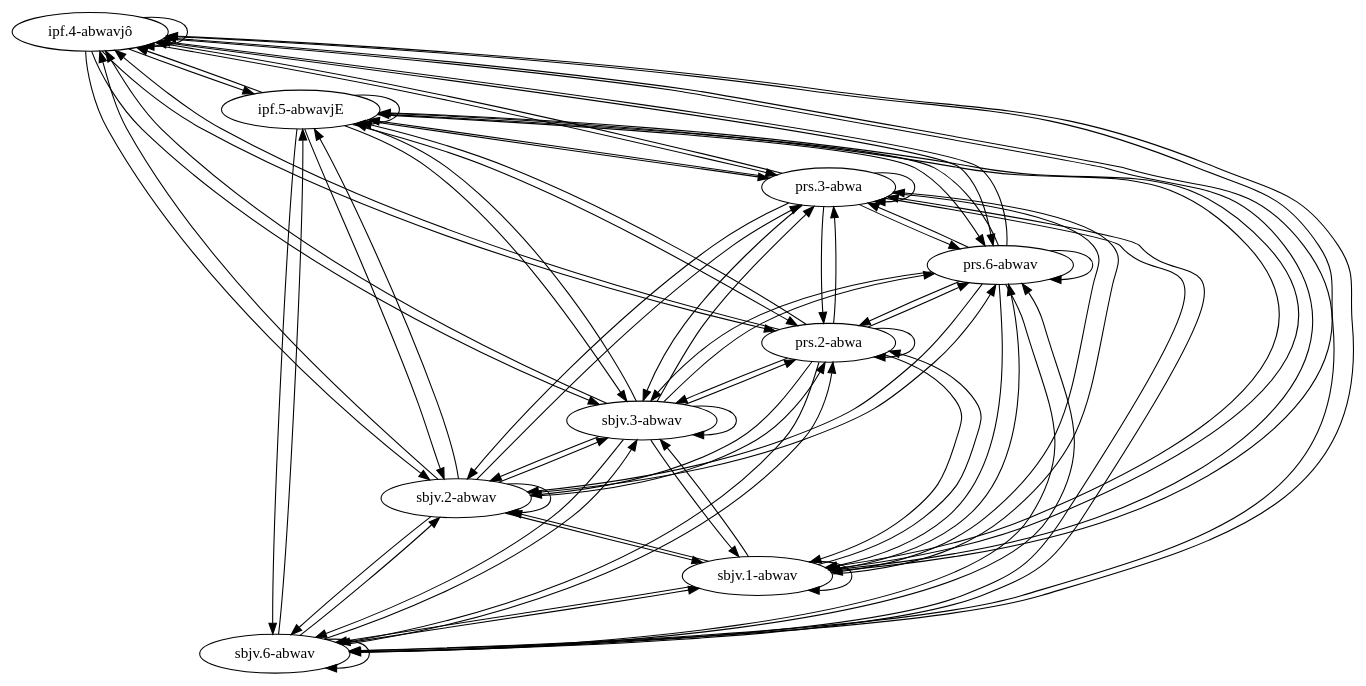
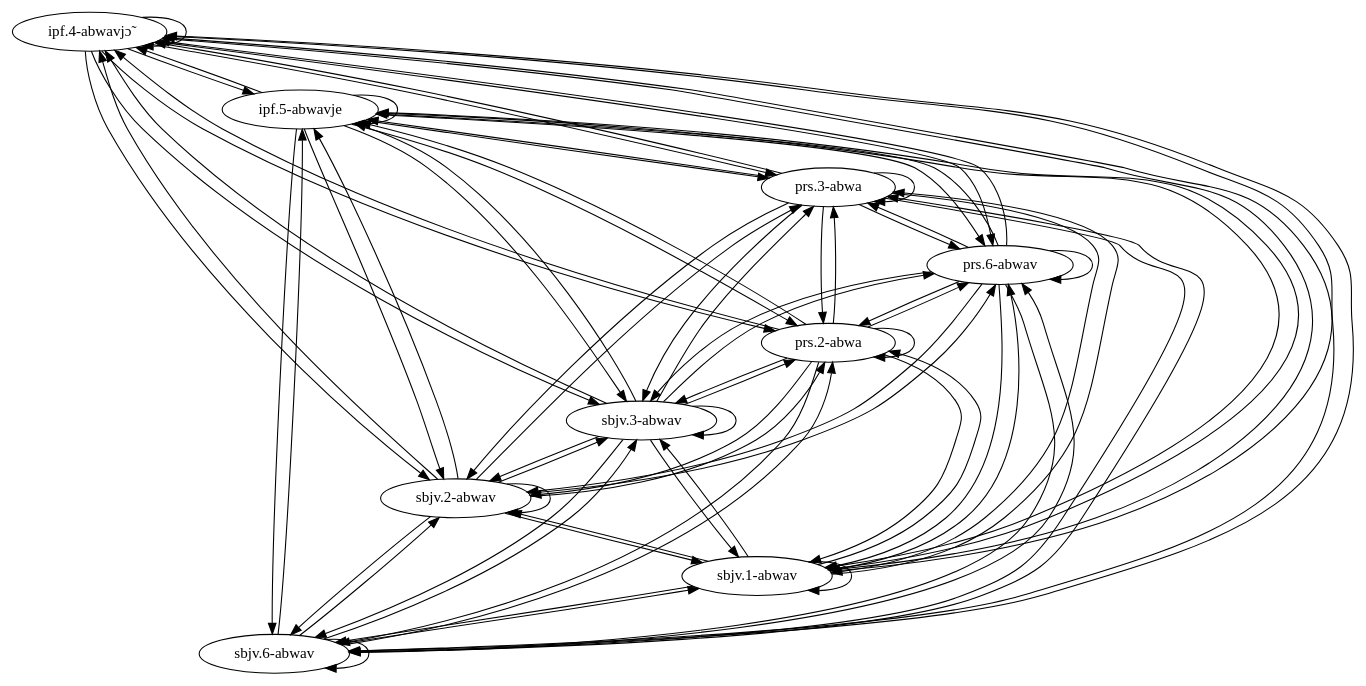
The diagram in aboyer-PRS3-clique4.dot (gboye/SWIM), drawn with Graphviz before and after one commit. The commit also changed 137 other files, not shown here.

```diff
--- a/aboyer-PRS3-clique4.dot
+++ b/aboyer-PRS3-clique4.dot
@@ -1,110 +1,120 @@
 digraph  {
+	node [label="\N"];
 	"ipf.4-abwavjô"	 [cell="ipf.4",
+		label="ipf.4-abwavjɔ̃",
 		tense=ipf,
 		weight=0.01];
 	"ipf.4-abwavjô" -> "ipf.4-abwavjô"	 [weight=0.01];
 	"ipf.5-abwavjE"	 [cell="ipf.5",
+		label="ipf.5-abwavje",
 		tense=ipf,
 		weight=0.01];
 	"ipf.4-abwavjô" -> "ipf.5-abwavjE"	 [weight=0.01];
 	"sbjv.6-abwav"	 [cell="sbjv.6",
+		label="sbjv.6-abwav",
 		tense=sbjv,
 		weight=0.11];
 	"ipf.4-abwavjô" -> "sbjv.6-abwav"	 [weight=0.1045];
 	"sbjv.1-abwav"	 [cell="sbjv.1",
+		label="sbjv.1-abwav",
 		tense=sbjv,
 		weight=0.11];
 	"ipf.4-abwavjô" -> "sbjv.1-abwav"	 [weight=0.1045];
 	"sbjv.2-abwav"	 [cell="sbjv.2",
+		label="sbjv.2-abwav",
 		tense=sbjv,
 		weight=0.11];
 	"ipf.4-abwavjô" -> "sbjv.2-abwav"	 [weight=0.1045];
 	"sbjv.3-abwav"	 [cell="sbjv.3",
+		label="sbjv.3-abwav",
 		tense=sbjv,
 		weight=0.11];
 	"ipf.4-abwavjô" -> "sbjv.3-abwav"	 [weight=0.1045];
 	"prs.2-abwa"	 [cell="prs.2",
+		label="prs.2-abwa",
 		tense=prs,
 		weight=1.0];
 	"ipf.4-abwavjô" -> "prs.2-abwa"	 [weight=0.24];
 	"prs.6-abwav"	 [cell="prs.6",
+		label="prs.6-abwav",
 		tense=prs,
 		weight=0.11];
 	"ipf.4-abwavjô" -> "prs.6-abwav"	 [weight=0.1045];
 	"prs.3-abwa"	 [cell="prs.3",
+		label="prs.3-abwa",
 		tense=prs,
 		weight=1.0];
 	"ipf.4-abwavjô" -> "prs.3-abwa"	 [weight=0.24];
 	"ipf.5-abwavjE" -> "ipf.4-abwavjô"	 [weight=0.01];
 	"ipf.5-abwavjE" -> "ipf.5-abwavjE"	 [weight=0.01];
 	"ipf.5-abwavjE" -> "sbjv.6-abwav"	 [weight=0.1045];
 	"ipf.5-abwavjE" -> "sbjv.1-abwav"	 [weight=0.1045];
 	"ipf.5-abwavjE" -> "sbjv.2-abwav"	 [weight=0.1045];
 	"ipf.5-abwavjE" -> "sbjv.3-abwav"	 [weight=0.1045];
 	"ipf.5-abwavjE" -> "prs.2-abwa"	 [weight=0.24];
 	"ipf.5-abwavjE" -> "prs.6-abwav"	 [weight=0.1045];
 	"ipf.5-abwavjE" -> "prs.3-abwa"	 [weight=0.24];
 	"sbjv.6-abwav" -> "ipf.4-abwavjô"	 [weight=0.01];
 	"sbjv.6-abwav" -> "ipf.5-abwavjE"	 [weight=0.01];
 	"sbjv.6-abwav" -> "sbjv.6-abwav"	 [weight=0.11];
 	"sbjv.6-abwav" -> "sbjv.1-abwav"	 [weight=0.11];
 	"sbjv.6-abwav" -> "sbjv.2-abwav"	 [weight=0.11];
 	"sbjv.6-abwav" -> "sbjv.3-abwav"	 [weight=0.11];
 	"sbjv.6-abwav" -> "prs.2-abwa"	 [weight=0.43];
 	"sbjv.6-abwav" -> "prs.6-abwav"	 [weight=0.11];
 	"sbjv.6-abwav" -> "prs.3-abwa"	 [weight=0.43];
 	"sbjv.1-abwav" -> "ipf.4-abwavjô"	 [weight=0.01];
 	"sbjv.1-abwav" -> "ipf.5-abwavjE"	 [weight=0.01];
 	"sbjv.1-abwav" -> "sbjv.6-abwav"	 [weight=0.11];
 	"sbjv.1-abwav" -> "sbjv.1-abwav"	 [weight=0.11];
 	"sbjv.1-abwav" -> "sbjv.2-abwav"	 [weight=0.11];
 	"sbjv.1-abwav" -> "sbjv.3-abwav"	 [weight=0.11];
 	"sbjv.1-abwav" -> "prs.2-abwa"	 [weight=0.43];
 	"sbjv.1-abwav" -> "prs.6-abwav"	 [weight=0.11];
 	"sbjv.1-abwav" -> "prs.3-abwa"	 [weight=0.43];
 	"sbjv.2-abwav" -> "ipf.4-abwavjô"	 [weight=0.01];
 	"sbjv.2-abwav" -> "ipf.5-abwavjE"	 [weight=0.01];
 	"sbjv.2-abwav" -> "sbjv.6-abwav"	 [weight=0.11];
 	"sbjv.2-abwav" -> "sbjv.1-abwav"	 [weight=0.11];
 	"sbjv.2-abwav" -> "sbjv.2-abwav"	 [weight=0.11];
 	"sbjv.2-abwav" -> "sbjv.3-abwav"	 [weight=0.11];
 	"sbjv.2-abwav" -> "prs.2-abwa"	 [weight=0.43];
 	"sbjv.2-abwav" -> "prs.6-abwav"	 [weight=0.11];
 	"sbjv.2-abwav" -> "prs.3-abwa"	 [weight=0.43];
 	"sbjv.3-abwav" -> "ipf.4-abwavjô"	 [weight=0.01];
 	"sbjv.3-abwav" -> "ipf.5-abwavjE"	 [weight=0.01];
 	"sbjv.3-abwav" -> "sbjv.6-abwav"	 [weight=0.11];
 	"sbjv.3-abwav" -> "sbjv.1-abwav"	 [weight=0.11];
 	"sbjv.3-abwav" -> "sbjv.2-abwav"	 [weight=0.11];
 	"sbjv.3-abwav" -> "sbjv.3-abwav"	 [weight=0.11];
 	"sbjv.3-abwav" -> "prs.2-abwa"	 [weight=0.43];
 	"sbjv.3-abwav" -> "prs.6-abwav"	 [weight=0.11];
 	"sbjv.3-abwav" -> "prs.3-abwa"	 [weight=0.43];
 	"prs.2-abwa" -> "ipf.4-abwavjô"	 [weight=0.0001];
 	"prs.2-abwa" -> "ipf.5-abwavjE"	 [weight=0.0001];
 	"prs.2-abwa" -> "sbjv.6-abwav"	 [weight=0.0121];
 	"prs.2-abwa" -> "sbjv.1-abwav"	 [weight=0.0121];
 	"prs.2-abwa" -> "sbjv.2-abwav"	 [weight=0.0121];
 	"prs.2-abwa" -> "sbjv.3-abwav"	 [weight=0.0121];
 	"prs.2-abwa" -> "prs.2-abwa"	 [weight=1.0];
 	"prs.2-abwa" -> "prs.6-abwav"	 [weight=0.0121];
 	"prs.2-abwa" -> "prs.3-abwa"	 [weight=1.0];
 	"prs.6-abwav" -> "ipf.4-abwavjô"	 [weight=0.01];
 	"prs.6-abwav" -> "ipf.5-abwavjE"	 [weight=0.01];
 	"prs.6-abwav" -> "sbjv.6-abwav"	 [weight=0.11];
 	"prs.6-abwav" -> "sbjv.1-abwav"	 [weight=0.11];
 	"prs.6-abwav" -> "sbjv.2-abwav"	 [weight=0.11];
 	"prs.6-abwav" -> "sbjv.3-abwav"	 [weight=0.11];
 	"prs.6-abwav" -> "prs.2-abwa"	 [weight=0.43];
 	"prs.6-abwav" -> "prs.6-abwav"	 [weight=0.11];
 	"prs.6-abwav" -> "prs.3-abwa"	 [weight=0.43];
 	"prs.3-abwa" -> "ipf.4-abwavjô"	 [weight=0.0001];
 	"prs.3-abwa" -> "ipf.5-abwavjE"	 [weight=0.0001];
 	"prs.3-abwa" -> "sbjv.6-abwav"	 [weight=0.0121];
 	"prs.3-abwa" -> "sbjv.1-abwav"	 [weight=0.0121];
 	"prs.3-abwa" -> "sbjv.2-abwav"	 [weight=0.0121];
 	"prs.3-abwa" -> "sbjv.3-abwav"	 [weight=0.0121];
 	"prs.3-abwa" -> "prs.2-abwa"	 [weight=1.0];
 	"prs.3-abwa" -> "prs.6-abwav"	 [weight=0.0121];
 	"prs.3-abwa" -> "prs.3-abwa"	 [weight=1.0];
 }
```
